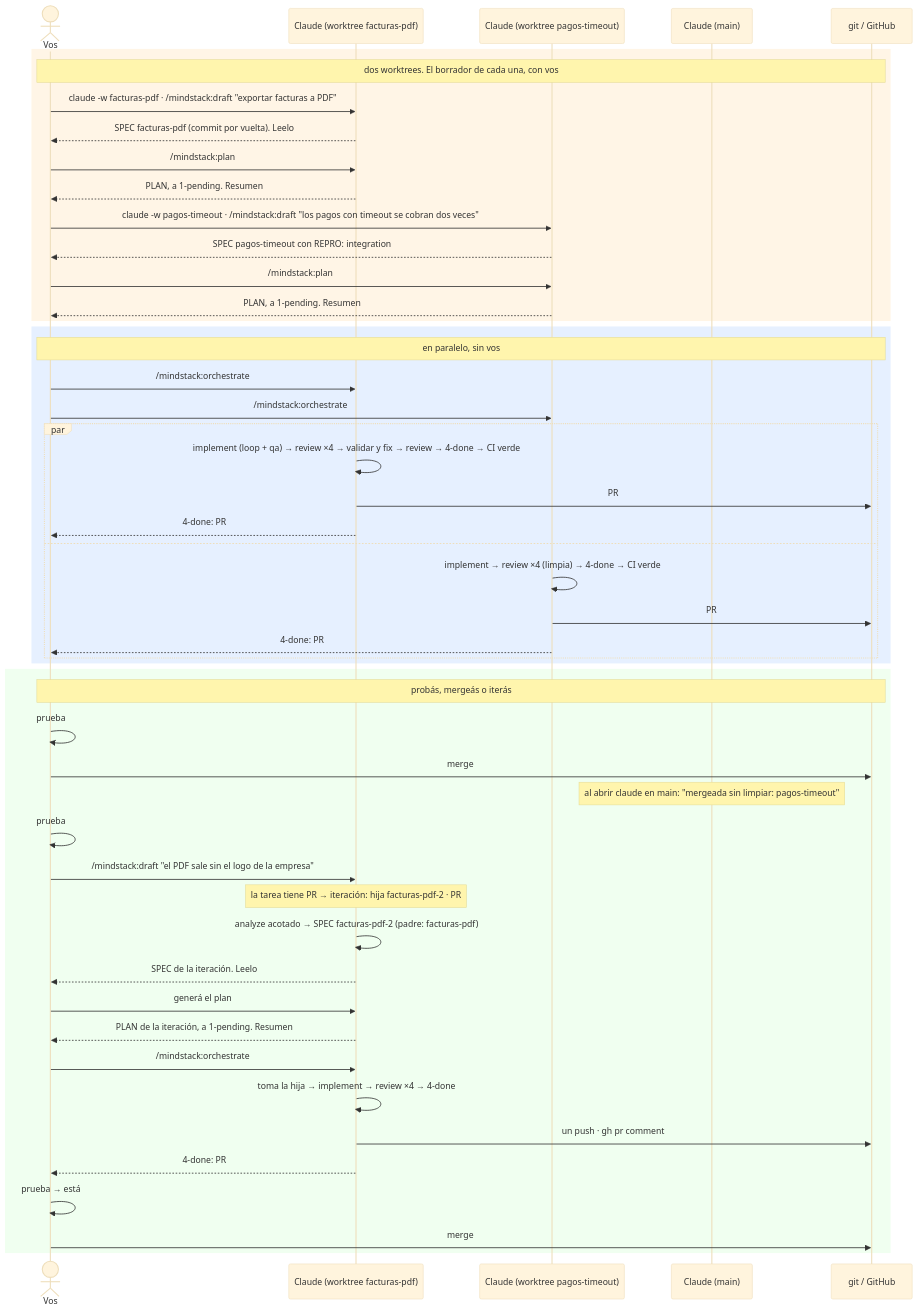
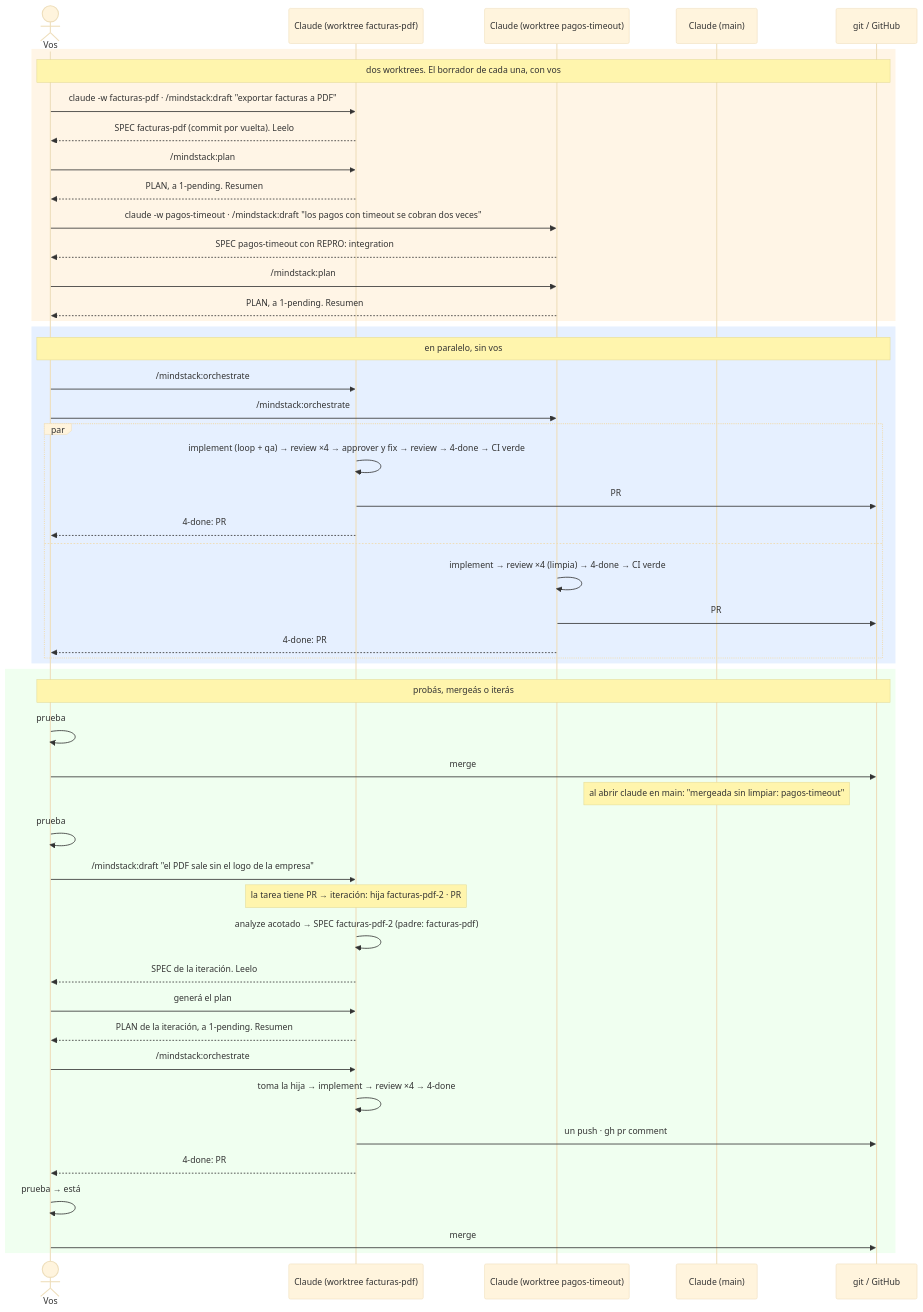
One commit to octavio-parozlabs/mindstack changed the diagram in use-cases/06-parallel-and-iterate.md. Above: the diagram before and after it, drawn with Mermaid (base theme). The commit also changed 36 other files, not shown here.

````diff
--- a/use-cases/06-parallel-and-iterate.md
+++ b/use-cases/06-parallel-and-iterate.md
@@ -5,56 +5,56 @@
 ```mermaid
 sequenceDiagram
     actor U as Vos
     participant Wa as Claude (worktree facturas-pdf)
     participant Wb as Claude (worktree pagos-timeout)
     participant M as Claude (main)
     participant G as git / GitHub
 
     rect rgb(255, 245, 230)
     Note over U,G: dos worktrees. El borrador de cada una, con vos
     U->>Wa: claude -w facturas-pdf · /mindstack:draft "exportar facturas a PDF"
     Wa-->>U: SPEC facturas-pdf (commit por vuelta). Leelo
     U->>Wa: /mindstack:plan
     Wa-->>U: PLAN, a 1-pending. Resumen
     U->>Wb: claude -w pagos-timeout · /mindstack:draft "los pagos con timeout se cobran dos veces"
     Wb-->>U: SPEC pagos-timeout con REPRO: integration
     U->>Wb: /mindstack:plan
     Wb-->>U: PLAN, a 1-pending. Resumen
     end
 
     rect rgb(230, 240, 255)
     Note over U,G: en paralelo, sin vos
     U->>Wa: /mindstack:orchestrate
     U->>Wb: /mindstack:orchestrate
     par
-        Wa->>Wa: implement (loop + qa) → review ×4 → validar y fix → review → 4-done → CI verde
+        Wa->>Wa: implement (loop + qa) → review ×4 → approver y fix → review → 4-done → CI verde
         Wa->>G: PR #88
         Wa-->>U: 4-done: PR #88 listo para mergear · localhost:5231
     and
         Wb->>Wb: implement → review ×4 (limpia) → 4-done → CI verde
         Wb->>G: PR #89
         Wb-->>U: 4-done: PR #89 listo para mergear · localhost:5247
     end
     end
 
     rect rgb(240, 255, 240)
     Note over U,G: probás, mergeás o iterás
     U->>U: prueba #89 en localhost:5247 → está
     U->>G: merge #89: 4-done/pagos-timeout llega a main
     Note over M: al abrir claude en main: "mergeada sin limpiar: pagos-timeout"
 
     U->>U: prueba #88 → el PDF sale sin logo
     U->>Wa: /mindstack:draft "el PDF sale sin el logo de la empresa"
     Note over Wa: la tarea tiene PR → iteración: hija facturas-pdf-2 · PR #88 a draft
     Wa->>Wa: analyze acotado → SPEC facturas-pdf-2 (padre: facturas-pdf)
     Wa-->>U: SPEC de la iteración. Leelo
     U->>Wa: generá el plan
     Wa-->>U: PLAN de la iteración, a 1-pending. Resumen
     U->>Wa: /mindstack:orchestrate
     Wa->>Wa: toma la hija → implement → review ×4 → 4-done
     Wa->>G: un push · gh pr comment #88 "iteración 2: logo en el PDF" · gh pr ready · CI verde
     Wa-->>U: 4-done: PR #88 actualizado y listo para mergear
     U->>U: prueba → está
     U->>G: merge #88: facturas-pdf y facturas-pdf-2 llegan a main en 4-done
     end
 ```
````
